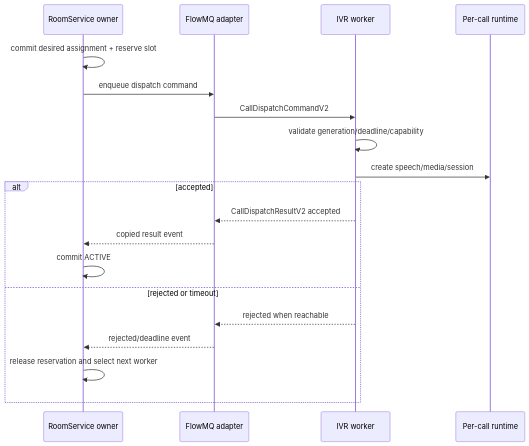
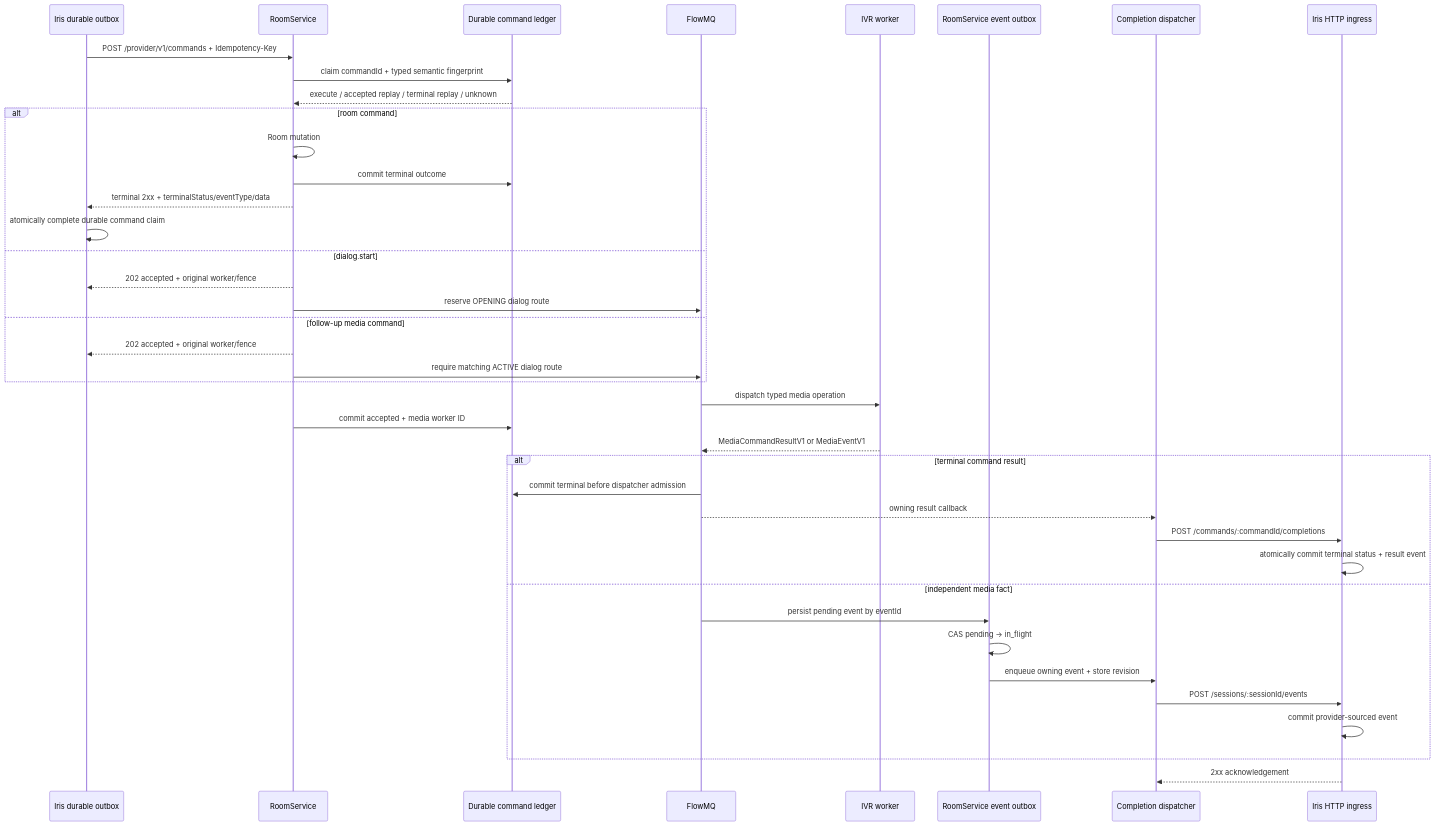
One commit to qigao/turbomedia changed the seventh of 9 diagrams in webrtc/docs/ivr-production-readiness-design-zh.md. Above: the diagram before and after it, drawn with Mermaid. The commit also changed other lines of this file and 133 other files, not shown here.

Commit message:
refactor(webrtc): work mode update - [x] webtc/sip as standalone server - [x] remove turboxml support from webrtc - [x] sync with FlowMQ update - [x] talk to xml server with flowmq

````diff
--- a/webrtc/docs/ivr-production-readiness-design-zh.md
+++ b/webrtc/docs/ivr-production-readiness-design-zh.md
@@ -351,22 +356,43 @@
 ```mermaid
 sequenceDiagram
-    participant R as RoomService owner
-    participant B as FlowMQ adapter
-    participant W as IVR worker
-    participant M as Per-call runtime
+  participant I as Iris durable outbox
+  participant R as RoomService
+  participant L as Durable command ledger
+  participant F as FlowMQ
+  participant W as IVR worker
+  participant O as RoomService event outbox
+  participant D as Completion dispatcher
+  participant A as Iris HTTP ingress
 
-    R->>R: commit desired assignment + reserve slot
-    R->>B: enqueue dispatch command
-    B->>W: CallDispatchCommandV2
-    W->>W: validate generation/deadline/capability
-    W->>M: create speech/media/session
-    alt accepted
-        W-->>B: CallDispatchResultV2 accepted
-        B-->>R: copied result event
-        R->>R: commit ACTIVE
-    else rejected or timeout
-        W-->>B: rejected when reachable
-        B-->>R: rejected/deadline event
-        R->>R: release reservation and select next worker
-    end
+  I->>R: POST /provider/v1/commands + Idempotency-Key
+  R->>L: claim commandId + typed semantic fingerprint
+  L-->>R: execute / accepted replay / terminal replay / unknown
+  alt room command
+    R->>R: Room mutation
+    R->>L: commit terminal outcome
+    R-->>I: terminal 2xx + terminalStatus/eventType/data
+    I->>I: atomically complete durable command claim
+  else dialog.start
+    R-->>I: 202 accepted + original worker/fence
+    R->>F: reserve OPENING dialog route
+  else follow-up media command
+    R-->>I: 202 accepted + original worker/fence
+    R->>F: require matching ACTIVE dialog route
+  end
+  F->>W: dispatch typed media operation
+  R->>L: commit accepted + media worker ID
+  W-->>F: MediaCommandResultV1 or MediaEventV1
+  alt terminal command result
+    F->>L: commit terminal before dispatcher admission
+    F-->>D: owning result callback
+    D->>A: POST /commands/:commandId/completions
+    A->>A: atomically commit terminal status + result event
+  else independent media fact
+    F->>O: persist pending event by eventId
+    O->>O: CAS pending -> in_flight
+    O->>D: enqueue owning event + store revision
+    D->>A: POST /sessions/:sessionId/events
+    A->>A: commit provider-sourced event
+  end
+  A-->>D: 2xx acknowledgement
 ```
````
